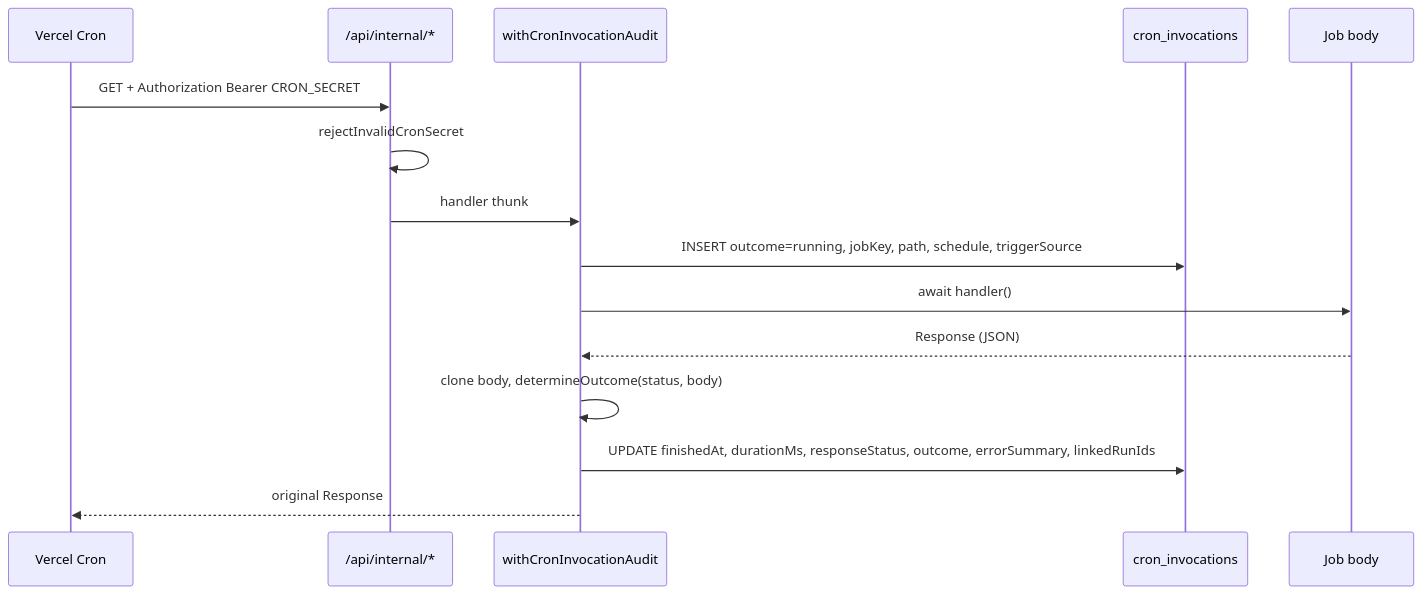
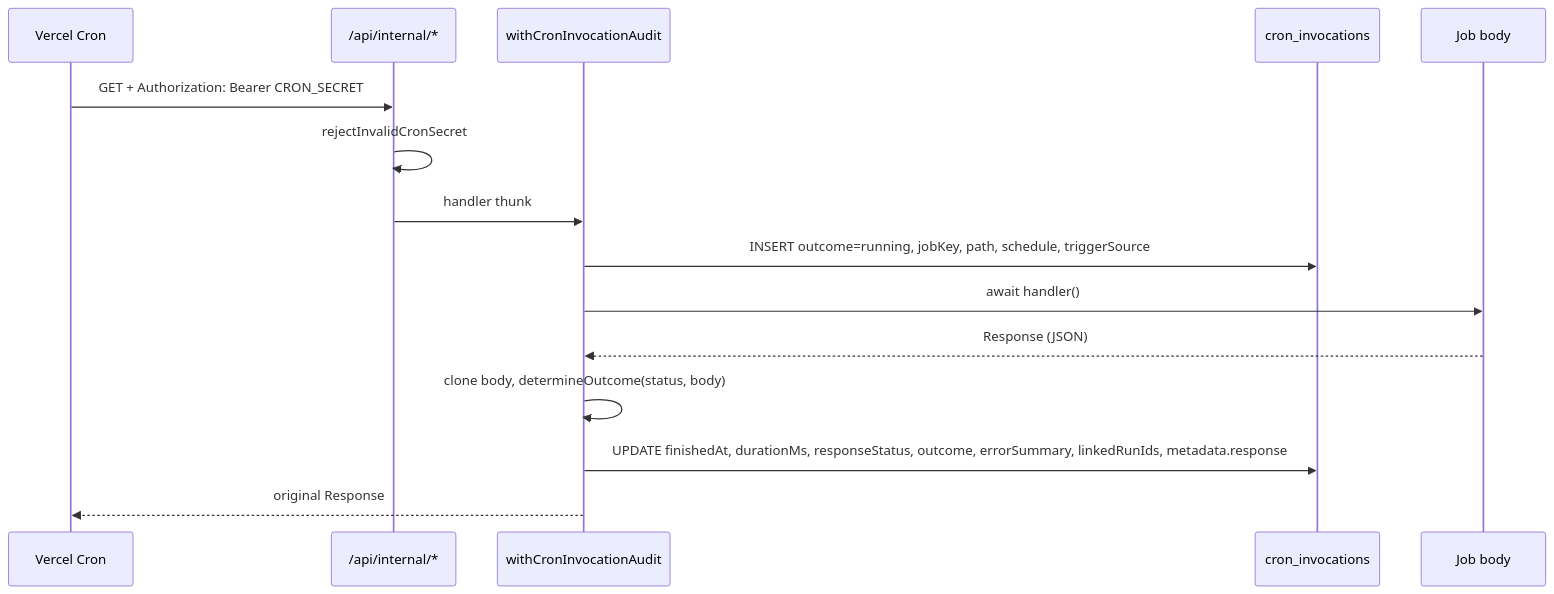
One commit to kasheesh711/bgscheduler changed the third of 5 diagrams in docs/reference/crons.md. Above: the diagram before and after it, drawn with Mermaid. The commit also changed other lines of this file and 95 other files, not shown here.

````diff
--- a/docs/reference/crons.md
+++ b/docs/reference/crons.md
@@ -89,18 +126,18 @@
 ```mermaid
 sequenceDiagram
     participant V as Vercel Cron
     participant R as /api/internal/*
     participant A as withCronInvocationAudit
     participant DB as cron_invocations
     participant J as Job body
 
-    V->>R: GET + Authorization Bearer CRON_SECRET
+    V->>R: GET + Authorization: Bearer CRON_SECRET
     R->>R: rejectInvalidCronSecret
     R->>A: handler thunk
     A->>DB: INSERT outcome=running, jobKey, path, schedule, triggerSource
     A->>J: await handler()
     J-->>A: Response (JSON)
     A->>A: clone body, determineOutcome(status, body)
-    A->>DB: UPDATE finishedAt, durationMs, responseStatus, outcome, errorSummary, linkedRunIds
+    A->>DB: UPDATE finishedAt, durationMs, responseStatus, outcome, errorSummary, linkedRunIds, metadata.response
     A-->>V: original Response
 ```
````
